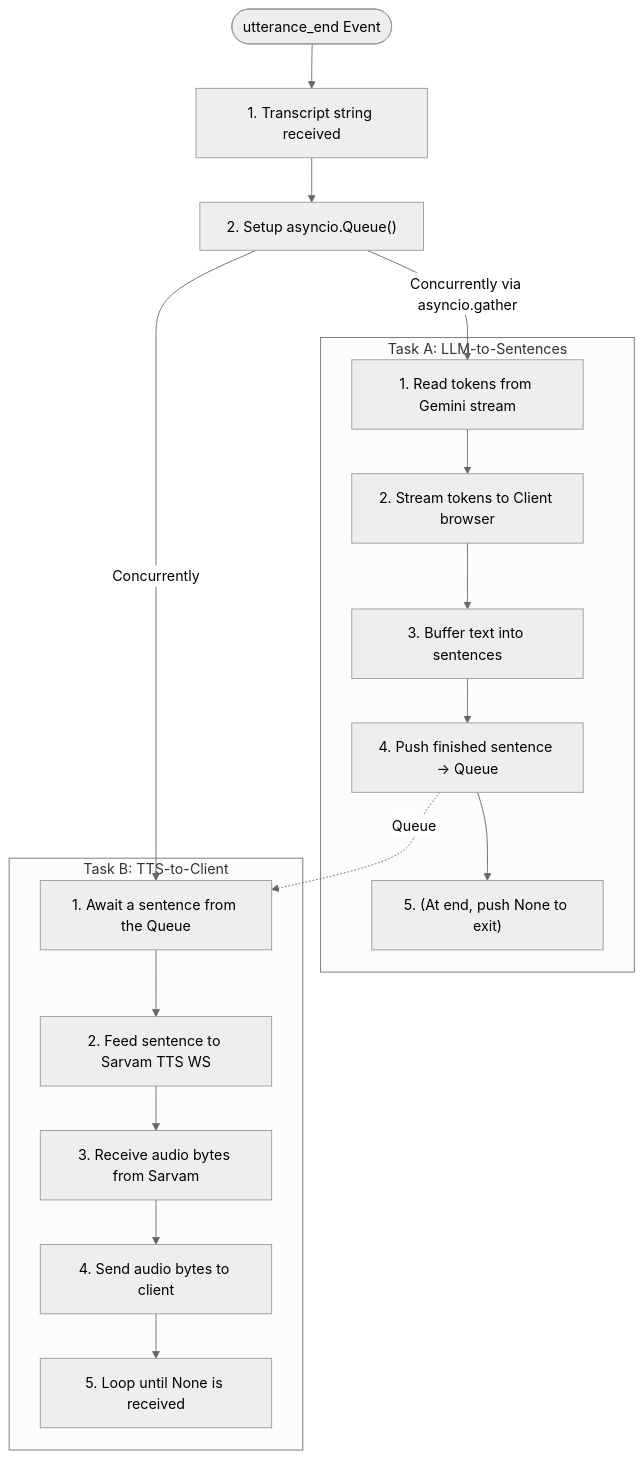
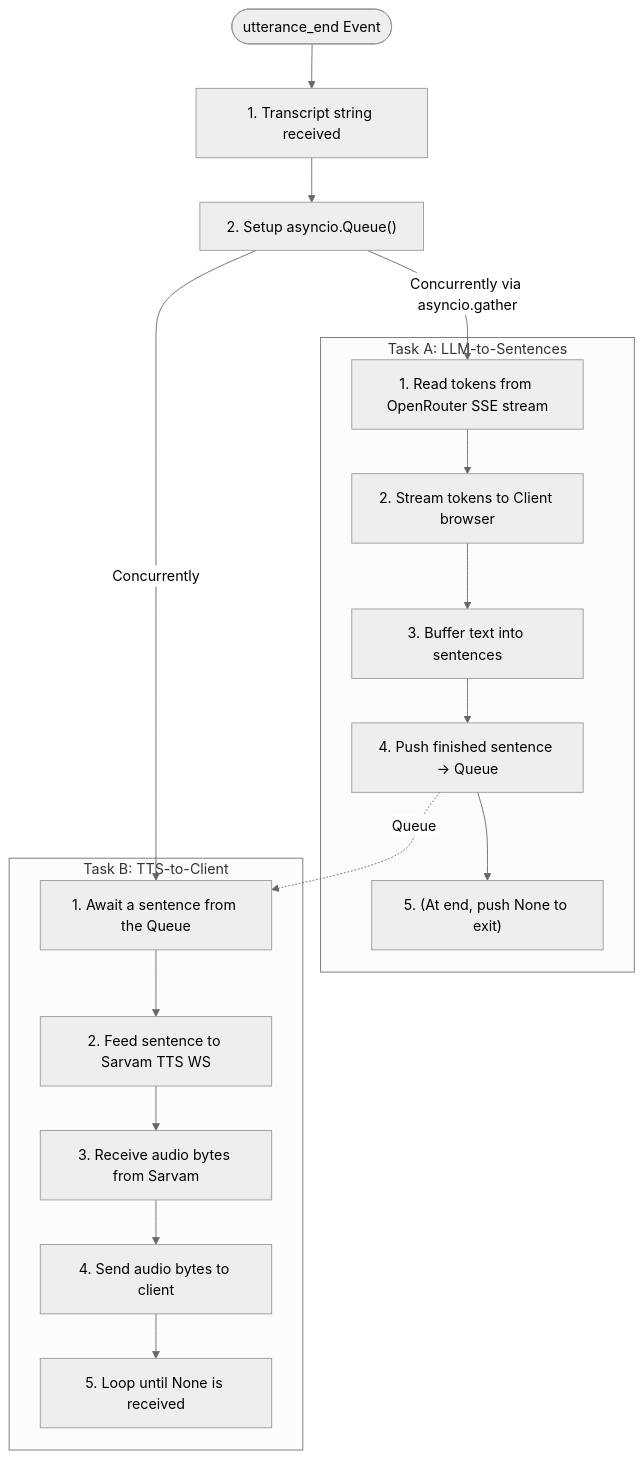
One commit to SOGeKING-NUL/tts-speech-engine changed the second of 2 diagrams in system_explanation.md. Above: the diagram before and after it, drawn with Mermaid (neutral theme). The commit also changed other lines of this file and 5 other files, not shown here.

````diff
--- a/system_explanation.md
+++ b/system_explanation.md
@@ -127,24 +127,24 @@
 ```mermaid
 graph TD
     Start([utterance_end Event]) --> STT["1. Transcript string received"]
     STT --> Queue["2. Setup asyncio.Queue()"]
     
     Queue -->|Concurrently via asyncio.gather| TaskA_Start
     Queue -->|Concurrently| TaskB_Start
     
     subgraph "Task A: LLM-to-Sentences"
-        TaskA_Start["1. Read tokens from Gemini stream"] --> A2["2. Stream tokens to Client browser"]
+        TaskA_Start["1. Read tokens from OpenRouter SSE stream"] --> A2["2. Stream tokens to Client browser"]
         A2 --> A3["3. Buffer text into sentences"]
         A3 --> A4["4. Push finished sentence -> Queue"]
         A4 --> A5["5. (At end, push None to exit)"]
     end
     
     subgraph "Task B: TTS-to-Client"
         TaskB_Start["1. Await a sentence from the Queue"] --> B2["2. Feed sentence to Sarvam TTS WS"]
         B2 --> B3["3. Receive audio bytes from Sarvam"]
         B3 --> B4["4. Send audio bytes to client"]
         B4 --> B5["5. Loop until None is received"]
     end
     
     A4 -.->|Queue| TaskB_Start
 ```
````
